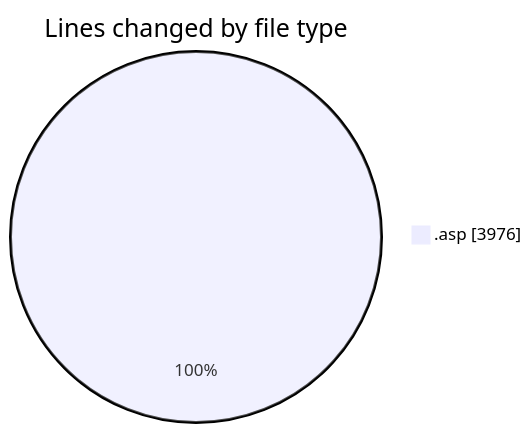
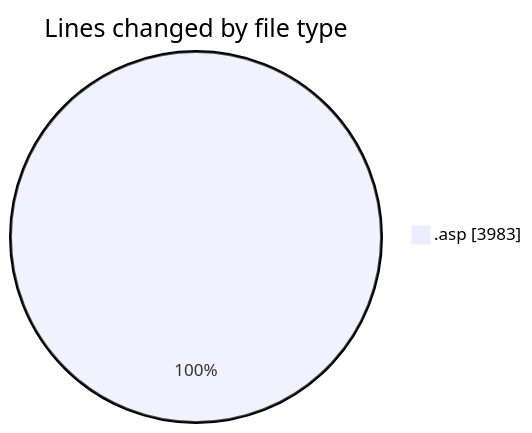
One commit to julien-gomy/code-tracking changed the first of 2 diagrams in 2025-11-04/cdp_aleoudev_fr__workspace_/README.md. Above: the diagram before and after it, drawn with Mermaid. The commit also changed other lines of this file and 1 other file, not shown here.

````diff
--- a/2025-11-04/cdp_aleoudev_fr__workspace_/README.md
+++ b/2025-11-04/cdp_aleoudev_fr__workspace_/README.md
@@ -21,5 +21,5 @@
 ```mermaid
 pie showData
 title Lines changed by file type
-".asp" : 3976
+".asp" : 3983
 ```
````
